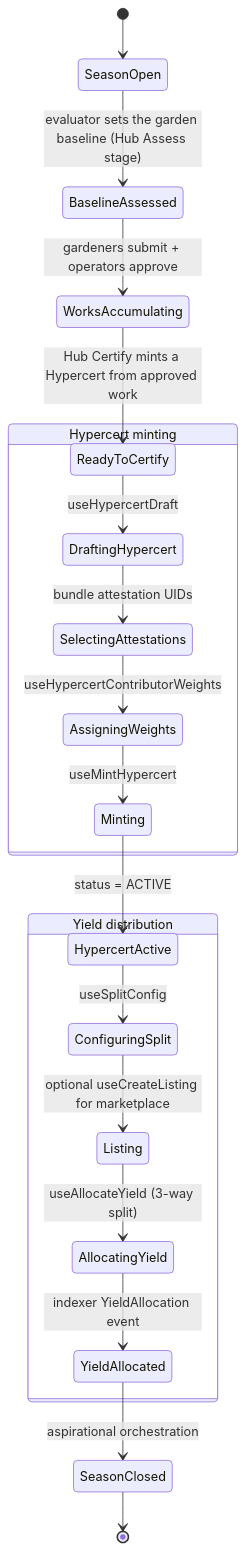
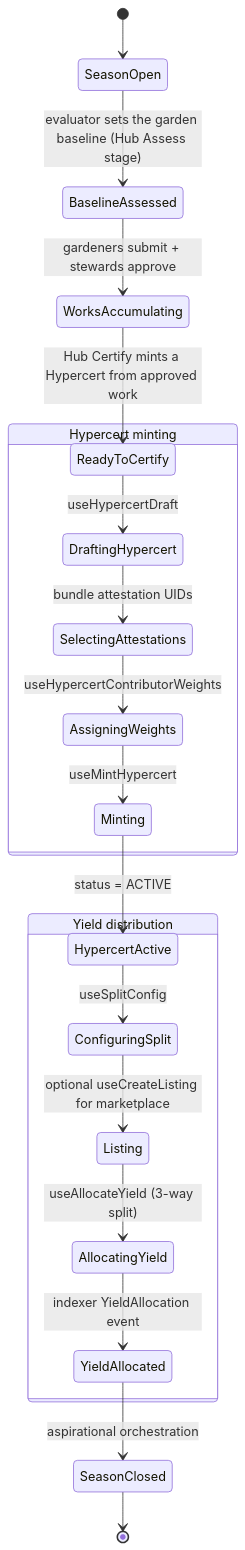
Before and after one commit to greenpill-dev-guild/green-goods: the diagram in docs/docs/builders/journeys/harvest.mdx, drawn with Mermaid. The commit also changed other lines of this file and 447 other files, not shown here.

````diff
--- a/docs/docs/builders/journeys/harvest.mdx
+++ b/docs/docs/builders/journeys/harvest.mdx
@@ -41,25 +41,25 @@
 ```mermaid
 stateDiagram-v2
     [*] --> SeasonOpen
     SeasonOpen --> BaselineAssessed: evaluator sets the garden baseline (Hub Assess stage)
-    BaselineAssessed --> WorksAccumulating: gardeners submit + operators approve
+    BaselineAssessed --> WorksAccumulating: gardeners submit + stewards approve
     WorksAccumulating --> ReadyToCertify: Hub Certify mints a Hypercert from approved work
 
     state "Hypercert minting" as Mint {
         ReadyToCertify --> DraftingHypercert: useHypercertDraft
         DraftingHypercert --> SelectingAttestations: bundle attestation UIDs
         SelectingAttestations --> AssigningWeights: useHypercertContributorWeights
         AssigningWeights --> Minting: useMintHypercert
         Minting --> HypercertActive: status = ACTIVE
     }
 
     state "Yield distribution" as Distribute {
         HypercertActive --> ConfiguringSplit: useSplitConfig
         ConfiguringSplit --> Listing: optional useCreateListing for marketplace
         Listing --> AllocatingYield: useAllocateYield (3-way split)
         AllocatingYield --> YieldAllocated: indexer YieldAllocation event
     }
 
     YieldAllocated --> SeasonClosed: aspirational orchestration
     SeasonClosed --> [*]
 ```
````
